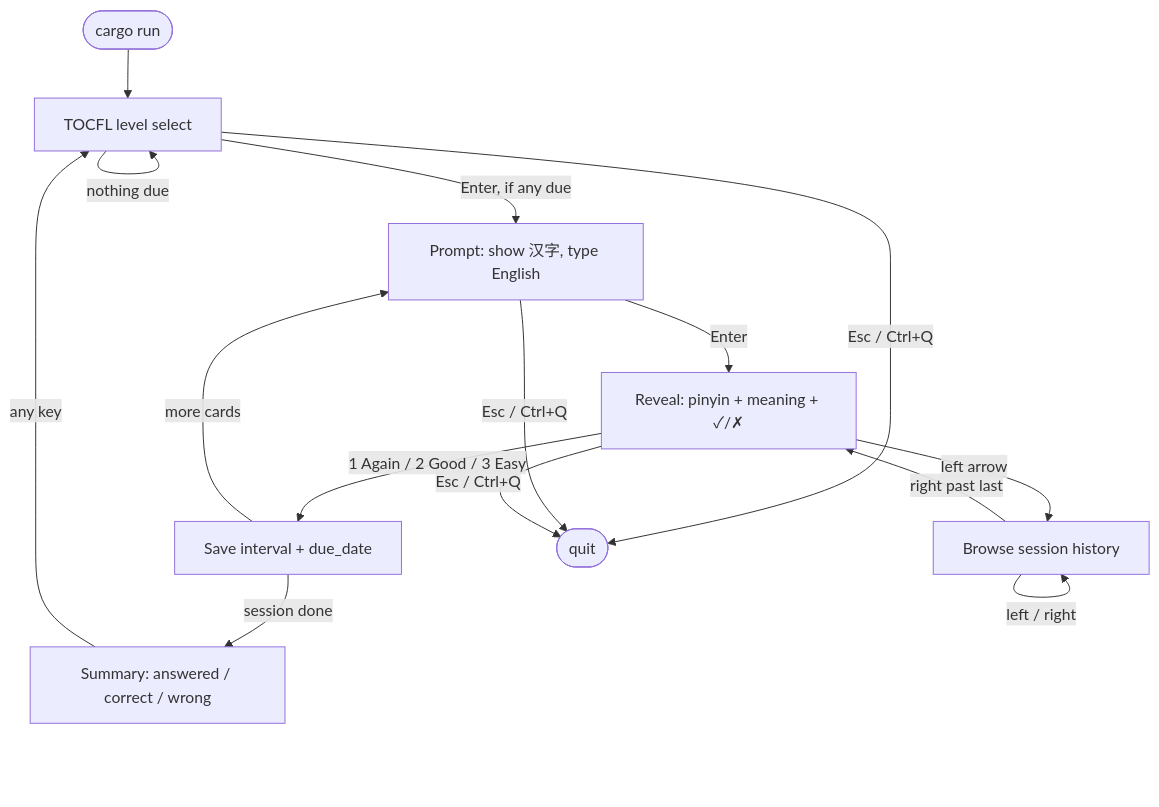
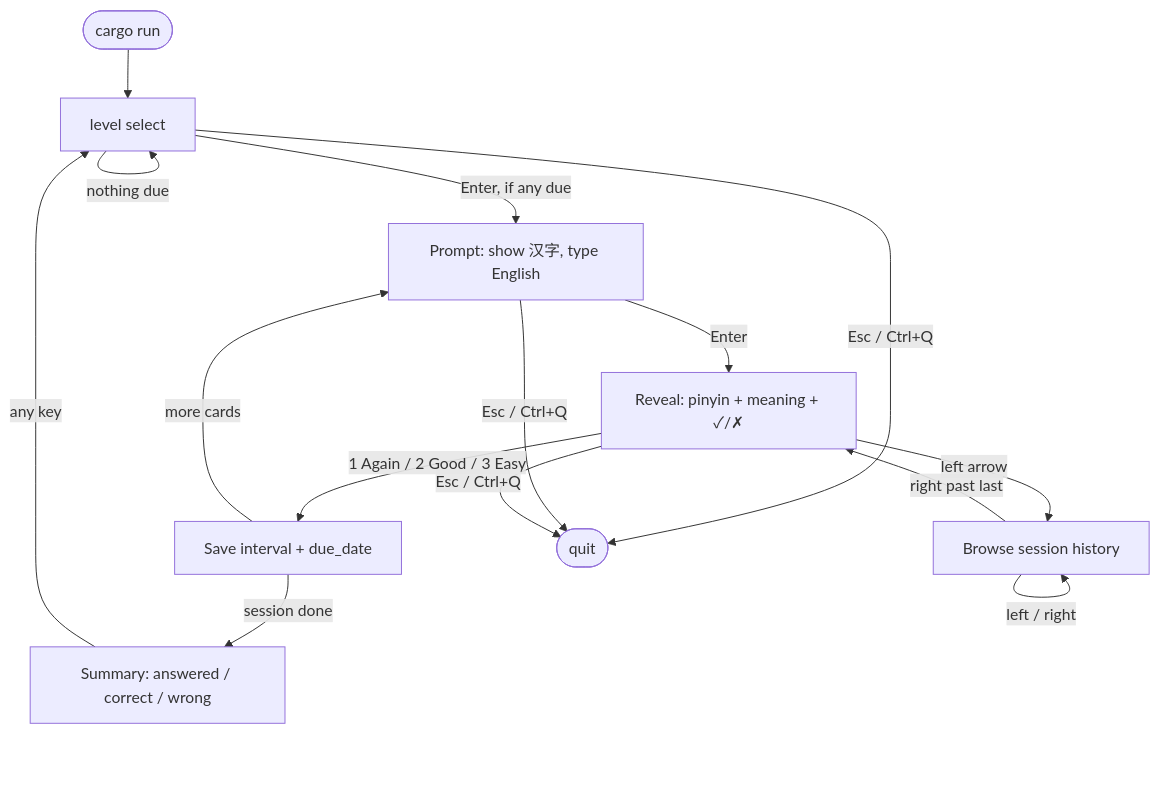
Before and after one commit to jyleong/mandarin-srs: the diagram in README.md, drawn with Mermaid. The commit also changed other lines of this file and 9 other files, not shown here.

````diff
--- a/README.md
+++ b/README.md
@@ -50,17 +50,17 @@
 ```mermaid
 flowchart TD
-  start([cargo run]) --> select[TOCFL level select]
+  start([cargo run]) --> select[level select]
   select -->|Enter, if any due| prompt[Prompt: show 汉字, type English]
   select -->|nothing due| select
   prompt -->|Enter| reveal[Reveal: pinyin + meaning + ✓/✗]
   reveal -->|1 Again / 2 Good / 3 Easy| save[Save interval + due_date]
   reveal -->|left arrow| browse[Browse session history]
   browse -->|left / right| browse
   browse -->|right past last| reveal
   save -->|more cards| prompt
   save -->|session done| summary[Summary: answered / correct / wrong]
   summary -->|any key| select
   select -->|Esc / Ctrl+Q| exit([quit])
   prompt -->|Esc / Ctrl+Q| exit
   reveal -->|Esc / Ctrl+Q| exit
 ```
````
